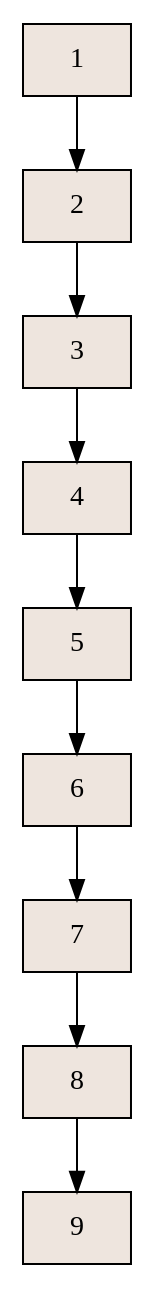
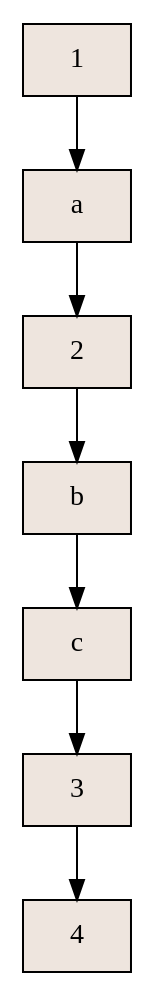
Before and after one commit to erickcontreras12/ProyectoFinal_PrograAvanzada2017: the diagram in aux_graficoSimple.dot, drawn with Graphviz. The commit also changed 10 other files, not shown here.

```diff
--- a/aux_graficoSimple.dot
+++ b/aux_graficoSimple.dot
@@ -1,21 +1,17 @@
 digraph grafica{
 rankdir=TB;
 node [shape = record, style=filled, fillcolor=seashell2];
 nodo1 [ label ="1"];
+nodoa [ label ="a"];
 nodo2 [ label ="2"];
+nodob [ label ="b"];
+nodoc [ label ="c"];
 nodo3 [ label ="3"];
 nodo4 [ label ="4"];
-nodo5 [ label ="5"];
-nodo6 [ label ="6"];
-nodo7 [ label ="7"];
-nodo8 [ label ="8"];
-nodo9 [ label ="9"];
-nodo8->nodo9
-nodo7->nodo8
-nodo6->nodo7
-nodo5->nodo6
-nodo4->nodo5
 nodo3->nodo4
-nodo2->nodo3
-nodo1->nodo2
+nodoc->nodo3
+nodob->nodoc
+nodo2->nodob
+nodoa->nodo2
+nodo1->nodoa
 }
```
